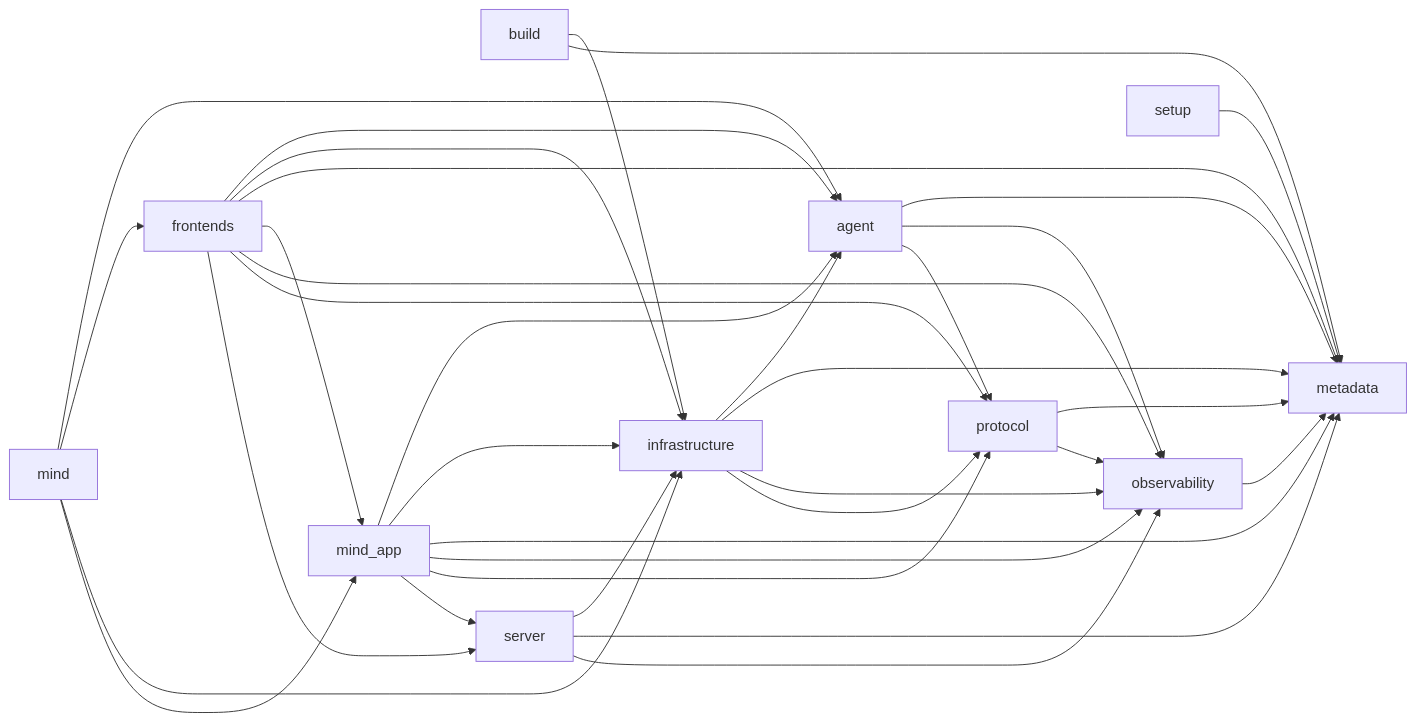
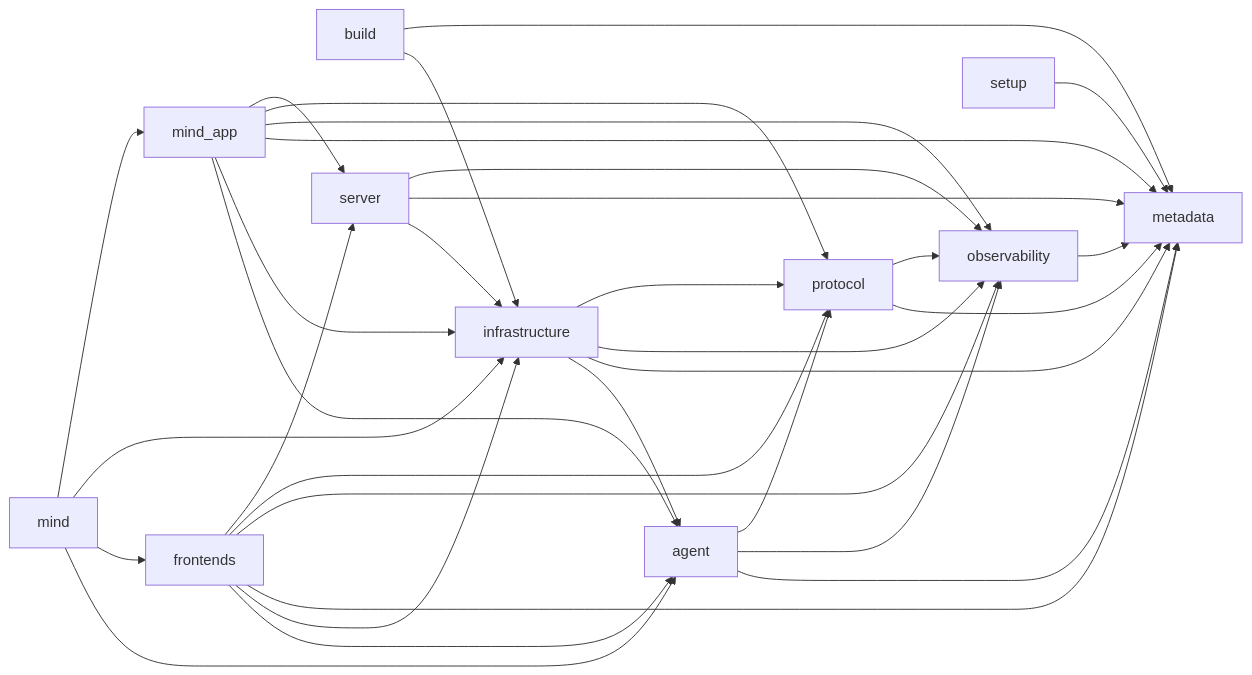
The diagram in AGENT_RUNTIME_IMPORT_GRAPH.md (AxionixLabs/ProxyMind), drawn with Mermaid before and after one commit. The commit also changed other lines of this file and 6 other files, not shown here.

````diff
--- a/AGENT_RUNTIME_IMPORT_GRAPH.md
+++ b/AGENT_RUNTIME_IMPORT_GRAPH.md
@@ -15,36 +15,35 @@
 ```mermaid
 flowchart LR
     agent --> metadata
     agent --> observability
     agent --> protocol
     build --> infrastructure
     build --> metadata
     frontends --> agent
     frontends --> infrastructure
     frontends --> metadata
-    frontends --> mind_app
     frontends --> observability
     frontends --> protocol
     frontends --> server
     infrastructure --> agent
     infrastructure --> metadata
     infrastructure --> observability
     infrastructure --> protocol
     mind --> agent
     mind --> frontends
     mind --> infrastructure
     mind --> mind_app
     mind_app --> agent
     mind_app --> infrastructure
     mind_app --> metadata
     mind_app --> observability
     mind_app --> protocol
     mind_app --> server
     observability --> metadata
     protocol --> metadata
     protocol --> observability
     server --> infrastructure
     server --> metadata
     server --> observability
     setup --> metadata
 ```
````
